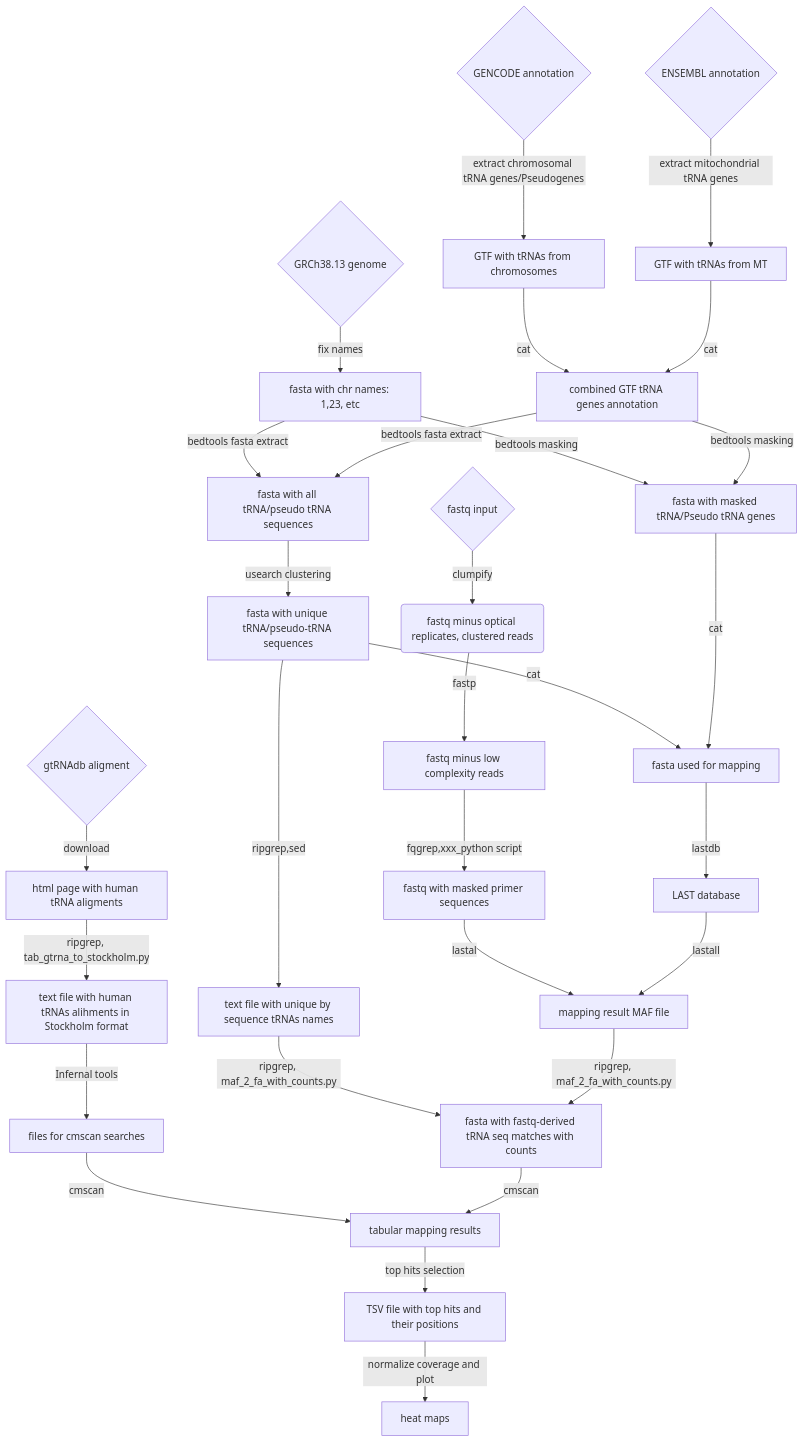
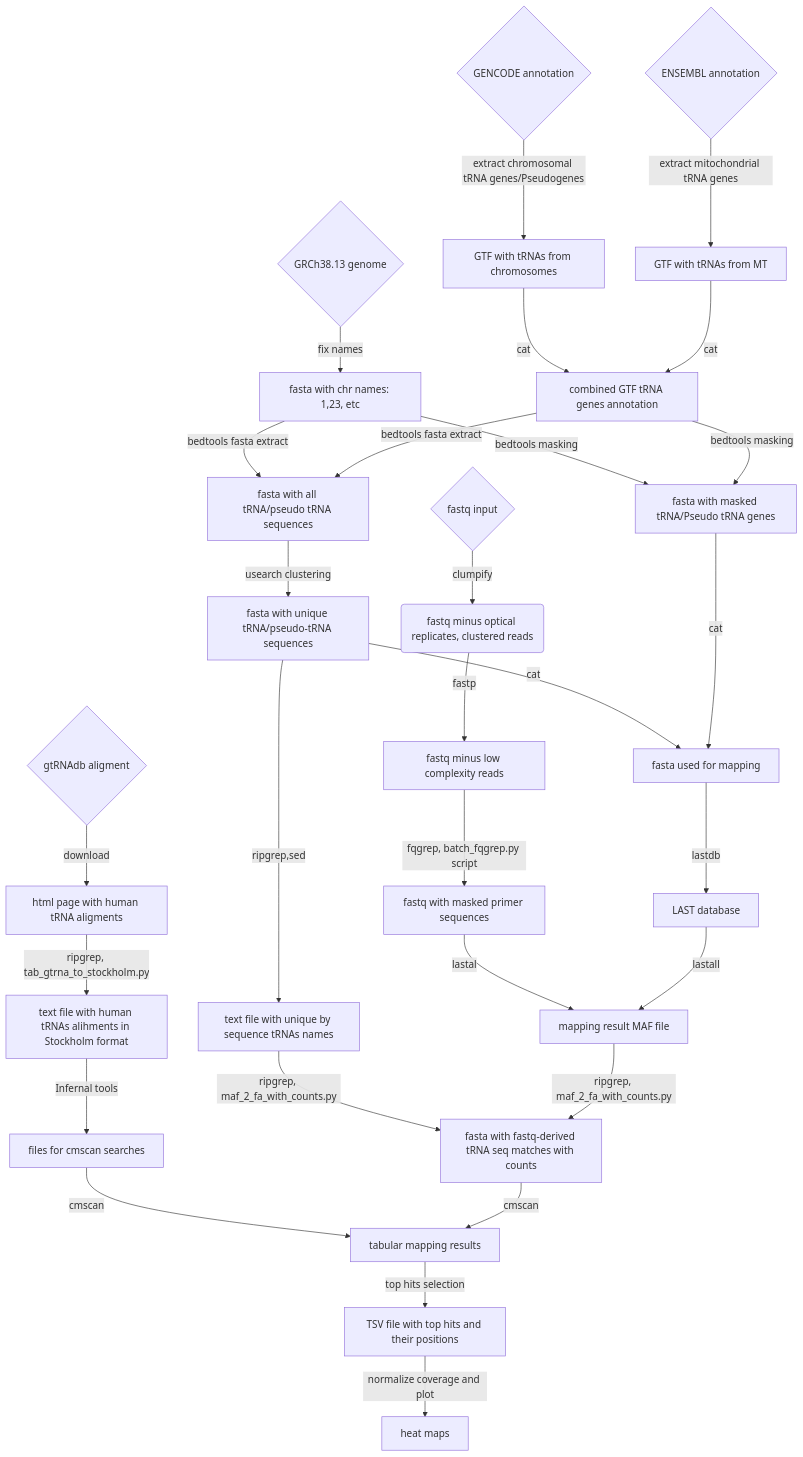
The diagram in doc/workflow_mermaid.md (Cancer-Genomics-TH/tRNA_methyl), drawn with Mermaid before and after one commit.

Commit message:
workflow fix missing script

````diff
--- a/doc/workflow_mermaid.md
+++ b/doc/workflow_mermaid.md
@@ -4,33 +4,33 @@
 ```mermaid
 graph TD
 
     genome_fasta{ GRCh38.13 genome} -->|fix names| fasta_names_fix[fasta with chr names: 1,23, etc]
     gencode_gtf{GENCODE annotation} -->|extract chromosomal tRNA genes/Pseudogenes| chromo_gtf[GTF with tRNAs from chromosomes]
     ensembl_gtf{ENSEMBL annotation} -->|extract mitochondrial tRNA genes| mito_gtf[GTF with tRNAs from MT]
     chromo_gtf -->|cat|combo_gtf[combined GTF tRNA genes annotation]
     mito_gtf -->|cat|combo_gtf
     fasta_names_fix -->|bedtools masking|masked_genome[fasta with masked tRNA/Pseudo tRNA genes]
     combo_gtf -->|bedtools masking|masked_genome
     fasta_names_fix-->|bedtools fasta extract|trna_seq[fasta with all tRNA/pseudo tRNA sequences]
     combo_gtf -->|bedtools fasta extract|trna_seq
     trna_seq-->|usearch clustering|unique_trnas_seq[fasta with unique tRNA/pseudo-tRNA sequences]
     unique_trnas_seq-->|cat|genome_for_mapping[fasta used for mapping]
     masked_genome-->|cat|genome_for_mapping
     genome_for_mapping-->|lastdb|last_database[LAST database]
     clumped_fastped_masked_fastq-->|lastal|maf_result[mapping result MAF file]
     last_database-->|lastall|maf_result
     unique_trnas_seq-->|ripgrep,sed|unique_trnas_seq_names[text file with unique by sequence tRNAs names]
     unique_trnas_seq_names-->|ripgrep, maf_2_fa_with_counts.py|trna_matches_with_counts[fasta with fastq-derived tRNA seq matches with counts] 
     maf_result-->|ripgrep, maf_2_fa_with_counts.py|trna_matches_with_counts
     gtRNAdb{gtRNAdb aligment}-->|download|html_aligment[html page with human tRNA aligments]
     html_aligment-->|ripgrep, tab_gtrna_to_stockholm.py|stockholm_align[text file with human tRNAs alihments in Stockholm format]
     stockholm_align-->|Infernal tools|cmscan_files[files for cmscan searches]
     cmscan_files-->|cmscan|cmscan_mapping_result[tabular mapping results]
     trna_matches_with_counts-->|cmscan|cmscan_mapping_result
     cmscan_mapping_result-->|top hits selection|cmscan_top_hits[TSV file with top hits and their positions]
     cmscan_top_hits-->|normalize coverage and plot|heat_maps[heat maps]
     fastq{fastq input} -->|clumpify| clumped_fastq(fastq minus optical replicates, clustered reads)
     clumped_fastq -->|fastp| clumped_fastped_fastq[fastq minus low complexity reads]
-    clumped_fastped_fastq -->|fqgrep,xxx_python script|clumped_fastped_masked_fastq[fastq with masked primer sequences]
+    clumped_fastped_fastq -->|fqgrep, batch_fqgrep.py script|clumped_fastped_masked_fastq[fastq with masked primer sequences]
     
 ```
````
